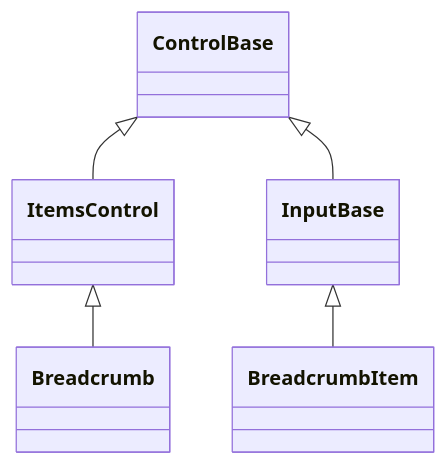
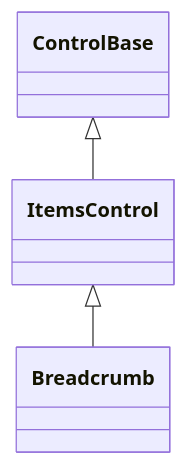
Before and after one commit to pavkam/sharp-vision: the diagram in docs/controls/navigation/breadcrumb.md, drawn with Mermaid. The commit also changed other lines of this file and 18 other files, not shown here.

````diff
--- a/docs/controls/navigation/breadcrumb.md
+++ b/docs/controls/navigation/breadcrumb.md
@@ -21,7 +22,5 @@
 ```mermaid
 classDiagram
     ControlBase <|-- ItemsControl
     ItemsControl <|-- Breadcrumb
-    ControlBase <|-- InputBase
-    InputBase <|-- BreadcrumbItem
 ```
````
